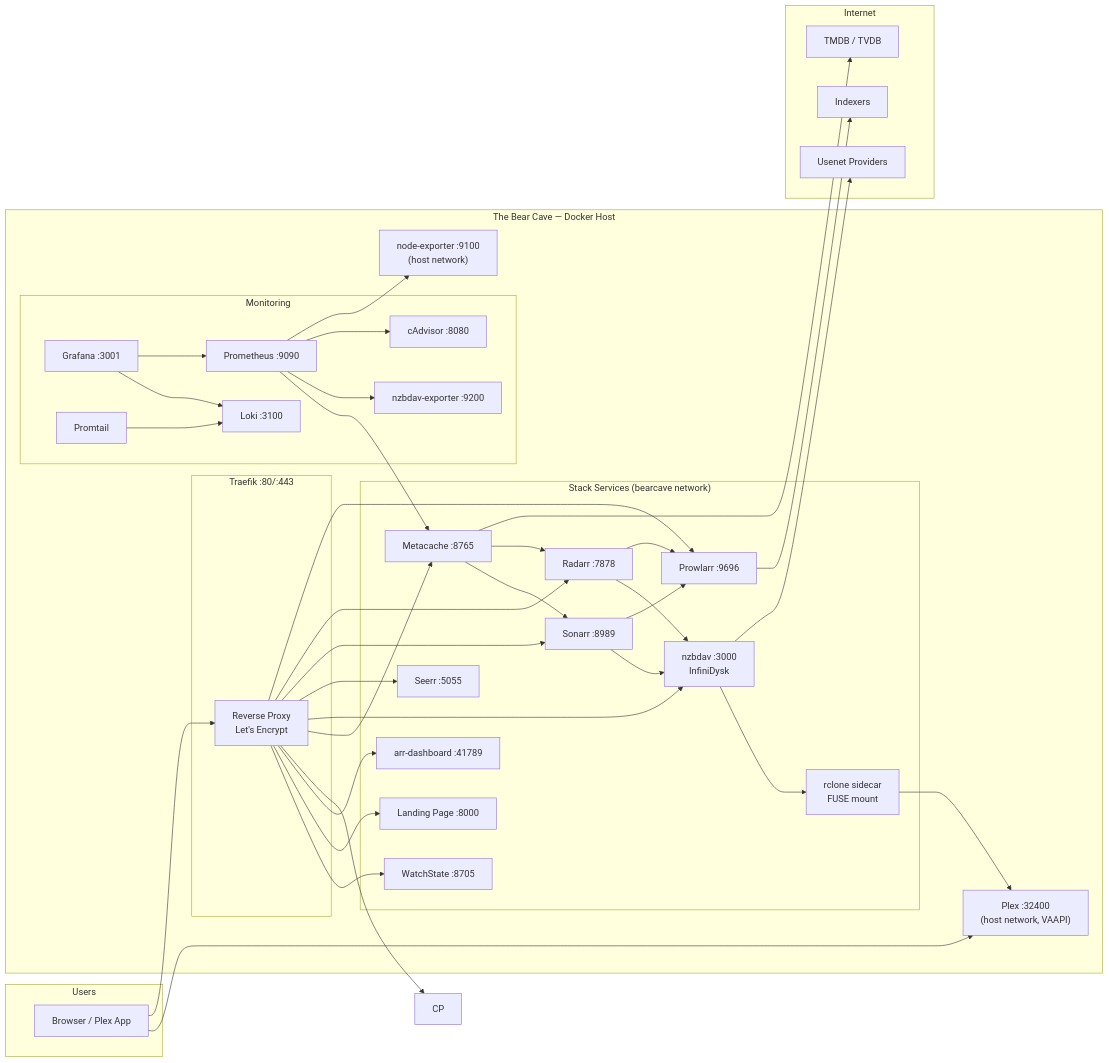
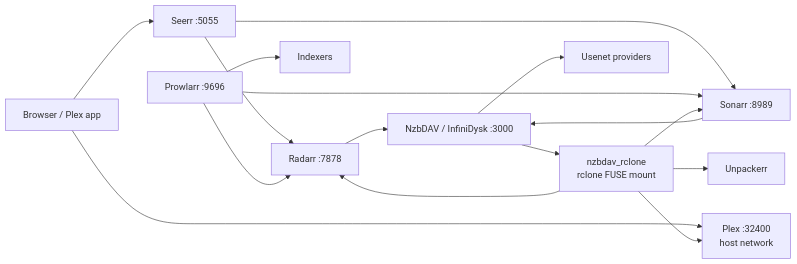
One commit to WhispersOfJ/thebearcave changed the first of 2 diagrams in docs/architecture.md. Above: the diagram before and after it, drawn with Mermaid. The commit also changed other lines of this file and 326 other files, not shown here.

First line of the commit message:
feat: slim stack and add manual Plex cache maintenance

````diff
--- a/docs/architecture.md
+++ b/docs/architecture.md
@@ -10,60 +10,24 @@
 ```mermaid
 flowchart LR
-    subgraph Users
-        U[Browser / Plex App]
-    end
+    User[Browser / Plex app]
+    Prow[Prowlarr :9696]
+    Rad[Radarr :7878]
+    Son[Sonarr :8989]
+    NZB[NzbDAV / InfiniDysk :3000]
+    RCL[nzbdav_rclone<br/>rclone FUSE mount]
+    Seerr[Seerr :5055]
+    Unp[Unpackerr]
+    Plex[Plex :32400<br/>host network]
+    Indexers[Indexers]
+    Usenet[Usenet providers]
 
-    subgraph "The Bear Cave — Docker Host"
-        subgraph Traefik["Traefik :80/:443"]
-            T[Reverse Proxy<br/>Let's Encrypt]
-        end
-
-        subgraph Services["Stack Services (bearcave network)"]
-            Prow[Prowlarr :9696]
-            Rad[Radarr :7878]
-            Son[Sonarr :8989]
-            Seerr[Seerr :5055]
-            NZB[nzbdav :3000<br/>InfiniDysk]
-            RCL[rclone sidecar<br/>FUSE mount]
-            Meta[Metacache :8765]
-            ARR[arr-dashboard :41789]
-            LP[Landing Page :8000]
-            WS[WatchState :8705]
-        end
-
-        subgraph Monitoring["Monitoring"]
-            Prom[Prometheus :9090]
-            Graf[Grafana :3001]
-            Loki[Loki :3100]
-            Promtail[Promtail]
-            Cad[cAdvisor :8080]
-            NExp[nzbdav-exporter :9200]
-        end
-
-        Plex["Plex :32400<br/>(host network, VAAPI)"]
-        NExpNode["node-exporter :9100<br/>(host network)"]
-    end
-
-    subgraph Internet["Internet"]
-        Usenet[Usenet Providers]
-        Indexers[Indexers]
-        TMDB[TMDB / TVDB]
-    end
-
-    U --> T
-    U --> Plex
-    T --> Prow & Rad & Son & Seerr & NZB & Meta & CP & ARR & LP & WS
+    User --> Seerr
+    User --> Plex
+    Seerr --> Rad & Son
     Prow --> Indexers
-    Rad --> Prow
-    Son --> Prow
-    Rad --> NZB
-    Son --> NZB
+    Prow --> Rad & Son
+    Rad & Son --> NZB
     NZB --> Usenet
     NZB --> RCL
-    RCL --> Plex
-    Meta --> TMDB
-    Meta --> Rad & Son
-    Prom --> NExpNode & Cad & NExp & Meta
-    Promtail --> Loki
-    Graf --> Prom & Loki
+    RCL --> Rad & Son & Unp & Plex
 ```
````
